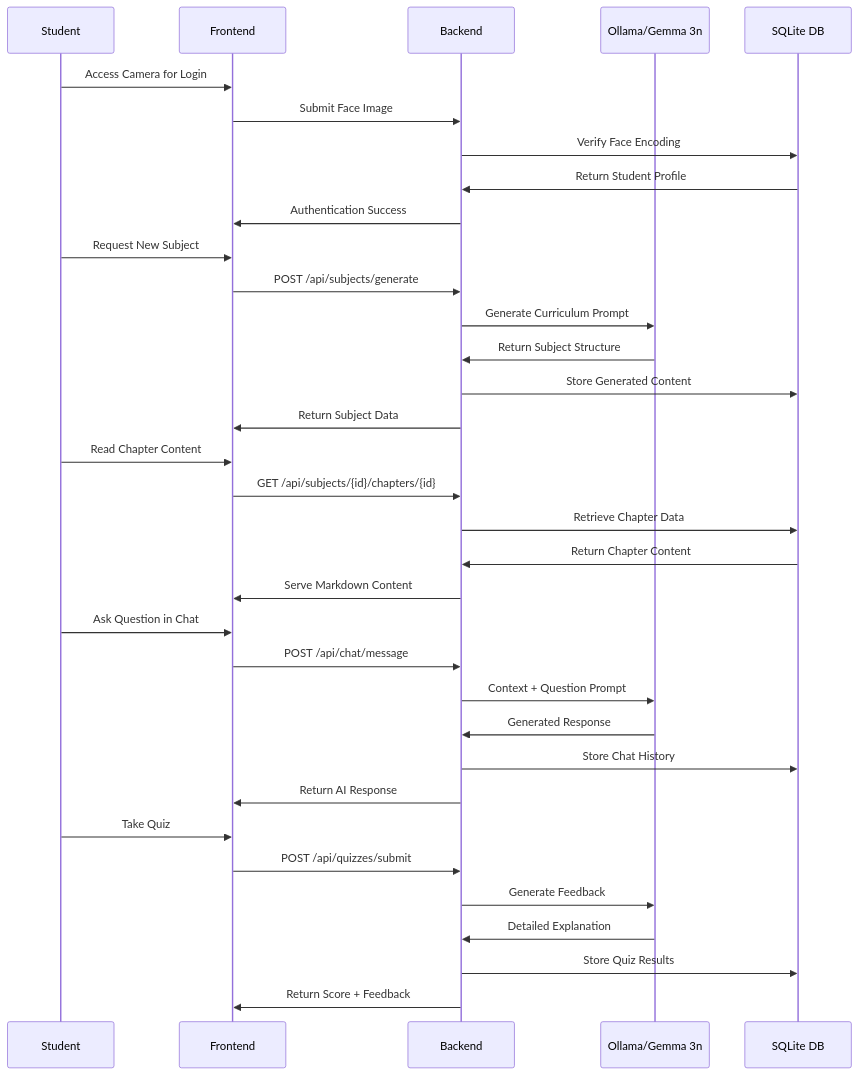
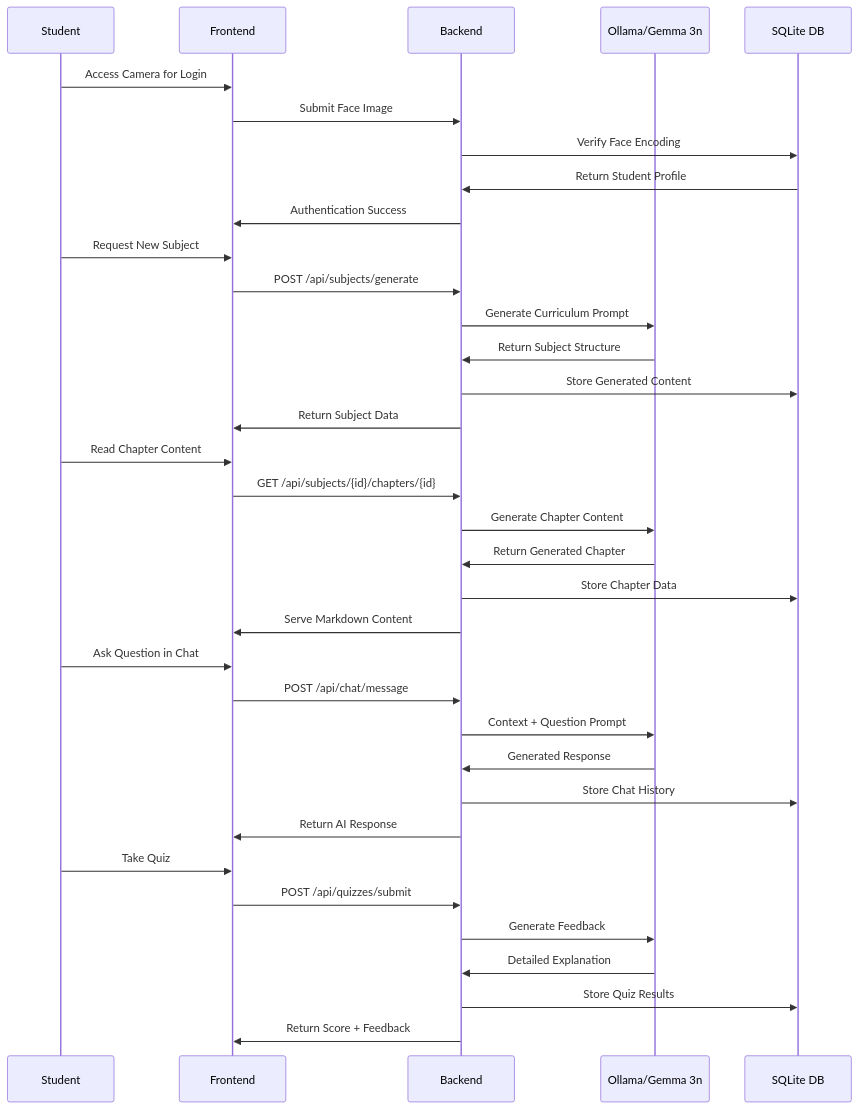
One commit to prasaddpathak/ai-tutor changed the diagram in SUBMISSION.md. Above: the diagram before and after it, drawn with Mermaid. The commit also changed other lines of this file, not shown here.

````diff
--- a/SUBMISSION.md
+++ b/SUBMISSION.md
@@ -83,41 +52,42 @@
 ```mermaid
 sequenceDiagram
     participant S as Student
     participant F as Frontend
     participant B as Backend
     participant AI as Ollama/Gemma 3n
     participant DB as SQLite DB
     
     S->>F: Access Camera for Login
     F->>B: Submit Face Image
     B->>DB: Verify Face Encoding
     DB->>B: Return Student Profile
     B->>F: Authentication Success
     
     S->>F: Request New Subject
     F->>B: POST /api/subjects/generate
     B->>AI: Generate Curriculum Prompt
     AI->>B: Return Subject Structure
     B->>DB: Store Generated Content
     B->>F: Return Subject Data
     
     S->>F: Read Chapter Content
     F->>B: GET /api/subjects/{id}/chapters/{id}
-    B->>DB: Retrieve Chapter Data
-    DB->>B: Return Chapter Content
+    B->>AI: Generate Chapter Content
+    AI->>B: Return Generated Chapter
+    B->>DB: Store Chapter Data
     B->>F: Serve Markdown Content
     
     S->>F: Ask Question in Chat
     F->>B: POST /api/chat/message
     B->>AI: Context + Question Prompt
     AI->>B: Generated Response
     B->>DB: Store Chat History
     B->>F: Return AI Response
     
     S->>F: Take Quiz
     F->>B: POST /api/quizzes/submit
     B->>AI: Generate Feedback
     AI->>B: Detailed Explanation
     B->>DB: Store Quiz Results
     B->>F: Return Score + Feedback
 ```
````
